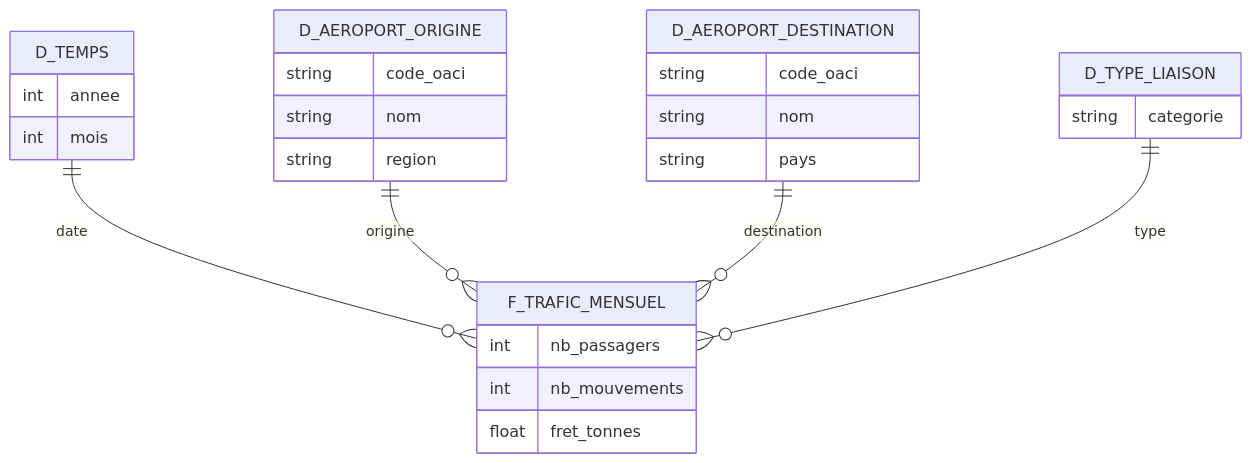
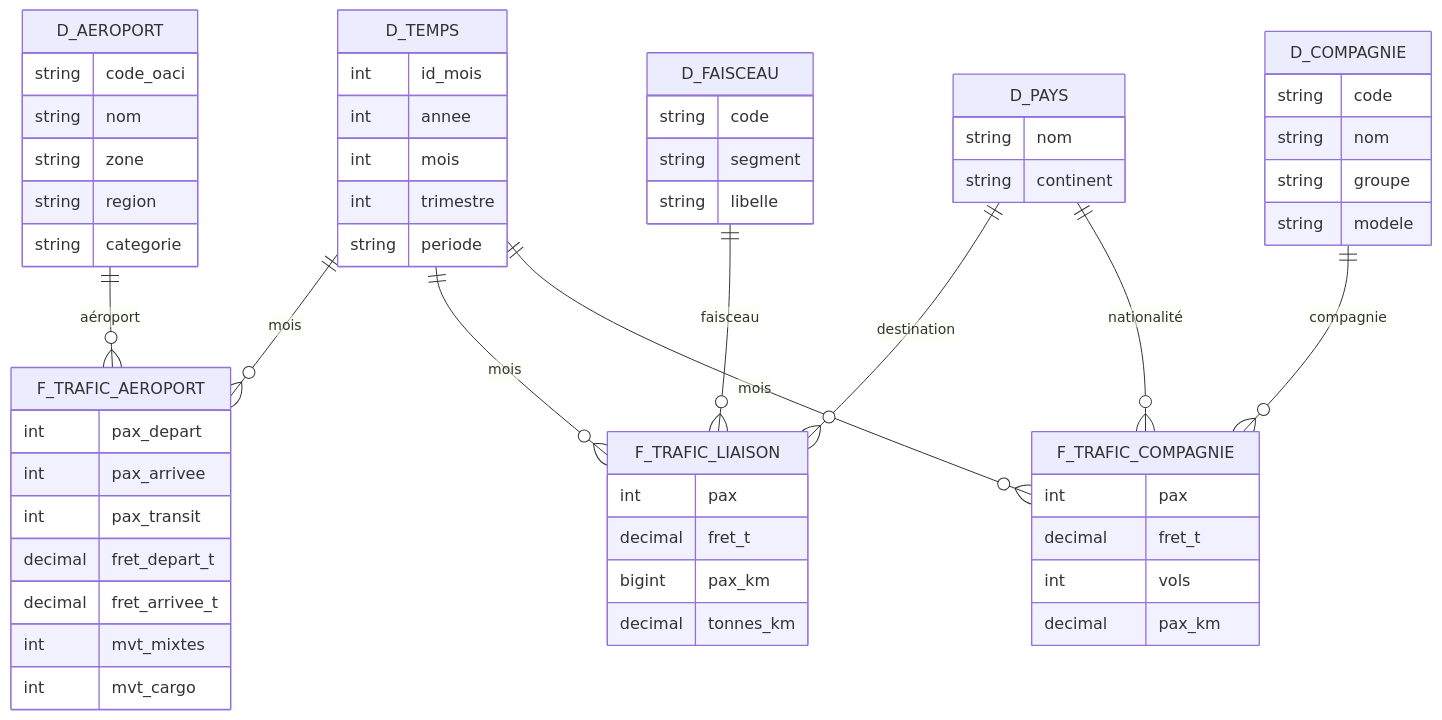
One commit to DANUTSHELL/PROJET-Dashboard-Trafic-Aerien-Commercial-Francais-par-Aeroport changed the diagram in README.md. Above: the diagram before and after it, drawn with Mermaid. The commit also changed other lines of this file and 2 other files, not shown here.

````diff
--- a/README.md
+++ b/README.md
@@ -46,30 +55,62 @@
 ```mermaid
 erDiagram
-    D_TEMPS ||--o{ F_TRAFIC_MENSUEL : "date"
-    D_AEROPORT_ORIGINE ||--o{ F_TRAFIC_MENSUEL : "origine"
-    D_AEROPORT_DESTINATION ||--o{ F_TRAFIC_MENSUEL : "destination"
-    D_TYPE_LIAISON ||--o{ F_TRAFIC_MENSUEL : "type"
+    D_TEMPS ||--o{ F_TRAFIC_AEROPORT : "mois"
+    D_TEMPS ||--o{ F_TRAFIC_LIAISON : "mois"
+    D_TEMPS ||--o{ F_TRAFIC_COMPAGNIE : "mois"
+    D_AEROPORT ||--o{ F_TRAFIC_AEROPORT : "aéroport"
+    D_FAISCEAU ||--o{ F_TRAFIC_LIAISON : "faisceau"
+    D_PAYS ||--o{ F_TRAFIC_LIAISON : "destination"
+    D_PAYS ||--o{ F_TRAFIC_COMPAGNIE : "nationalité"
+    D_COMPAGNIE ||--o{ F_TRAFIC_COMPAGNIE : "compagnie"
 
-    F_TRAFIC_MENSUEL {
-        int nb_passagers
-        int nb_mouvements
-        float fret_tonnes
+    F_TRAFIC_AEROPORT {
+        int pax_depart
+        int pax_arrivee
+        int pax_transit
+        decimal fret_depart_t
+        decimal fret_arrivee_t
+        int mvt_mixtes
+        int mvt_cargo
+    }
+    F_TRAFIC_LIAISON {
+        int pax
+        decimal fret_t
+        bigint pax_km
+        decimal tonnes_km
+    }
+    F_TRAFIC_COMPAGNIE {
+        int pax
+        decimal fret_t
+        int vols
+        decimal pax_km
     }
     D_TEMPS {
+        int id_mois
         int annee
         int mois
+        int trimestre
+        string periode
     }
-    D_AEROPORT_ORIGINE {
+    D_AEROPORT {
         string code_oaci
         string nom
+        string zone
         string region
-    }
-    D_AEROPORT_DESTINATION {
-        string code_oaci
-        string nom
-        string pays
-    }
-    D_TYPE_LIAISON {
         string categorie
     }
+    D_FAISCEAU {
+        string code
+        string segment
+        string libelle
+    }
+    D_PAYS {
+        string nom
+        string continent
+    }
+    D_COMPAGNIE {
+        string code
+        string nom
+        string groupe
+        string modele
+    }
 ```
````
